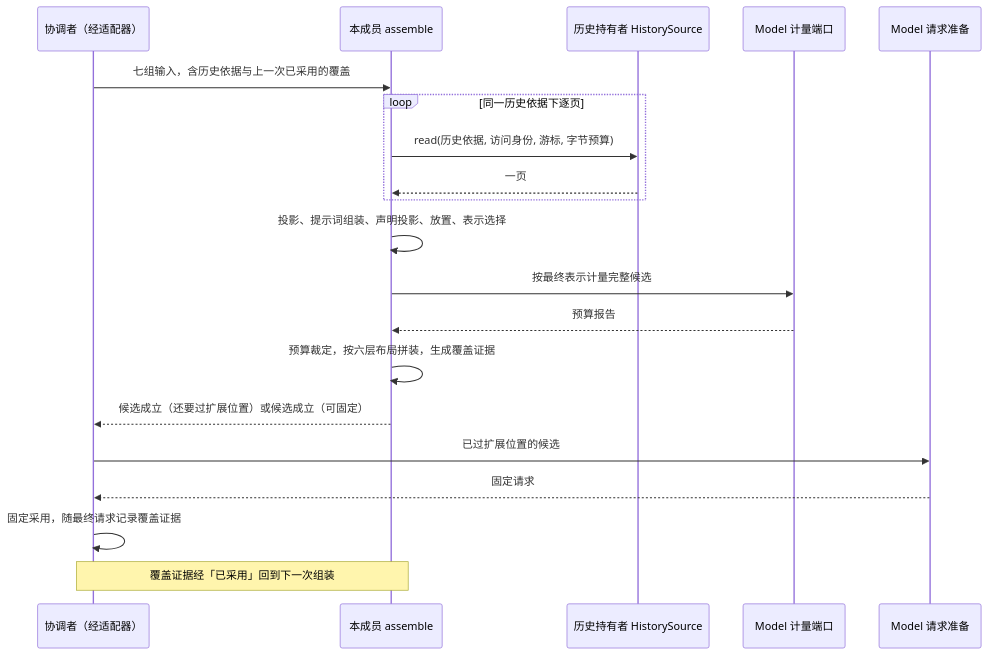
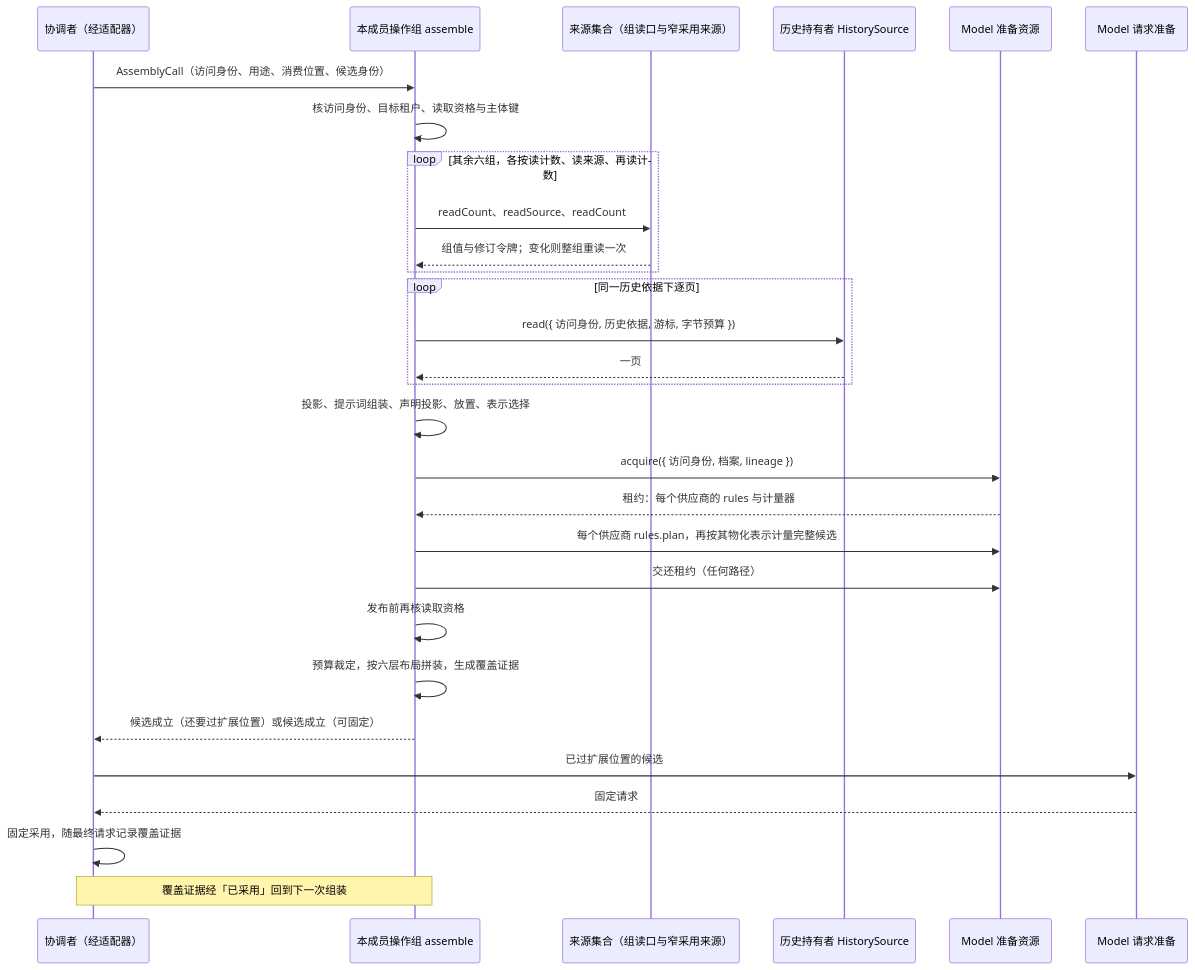
Before and after one commit to nemori-ai/omne-harness-lite: the first of 6 diagrams in packages/context/request-context-contract/docs/flows.md, drawn with Mermaid. The commit also changed other lines of this file and 28 other files, not shown here.

````diff
--- a/packages/context/request-context-contract/docs/flows.md
+++ b/packages/context/request-context-contract/docs/flows.md
@@ -17,22 +17,31 @@
 ```mermaid
 sequenceDiagram
   participant C as 协调者（经适配器）
-  participant A as 本成员 assemble
+  participant A as 本成员操作组 assemble
+  participant G as 来源集合（组读口与窄采用来源）
   participant H as 历史持有者 HistorySource
-  participant M as Model 计量端口
+  participant M as Model 准备资源
   participant P as Model 请求准备
-  C->>A: 七组输入，含历史依据与上一次已采用的覆盖
+  C->>A: AssemblyCall（访问身份、用途、消费位置、候选身份）
+  A->>A: 核访问身份、目标租户、读取资格与主体键
+  loop 其余六组，各按读计数、读来源、再读计数
+    A->>G: readCount、readSource、readCount
+    G-->>A: 组值与修订令牌；变化则整组重读一次
+  end
   loop 同一历史依据下逐页
-    A->>H: read(历史依据, 访问身份, 游标, 字节预算)
+    A->>H: read({ 访问身份, 历史依据, 游标, 字节预算 })
     H-->>A: 一页
   end
   A->>A: 投影、提示词组装、声明投影、放置、表示选择
-  A->>M: 按最终表示计量完整候选
-  M-->>A: 预算报告
+  A->>M: acquire({ 访问身份, 档案, lineage })
+  M-->>A: 租约：每个供应商的 rules 与计量器
+  A->>M: 每个供应商 rules.plan，再按其物化表示计量完整候选
+  A->>M: 交还租约（任何路径）
+  A->>A: 发布前再核读取资格
   A->>A: 预算裁定，按六层布局拼装，生成覆盖证据
   A-->>C: 候选成立（还要过扩展位置）或候选成立（可固定）
   C->>P: 已过扩展位置的候选
   P-->>C: 固定请求
   C->>C: 固定采用，随最终请求记录覆盖证据
   Note over C,A: 覆盖证据经「已采用」回到下一次组装
 ```
````
